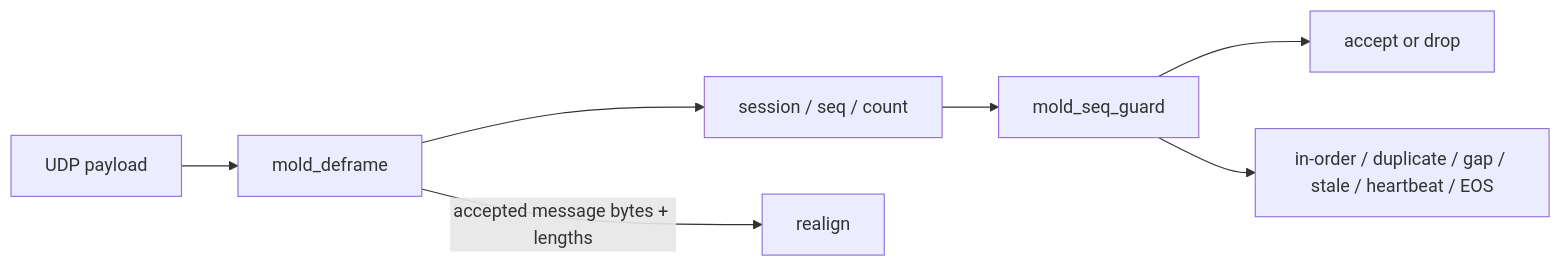
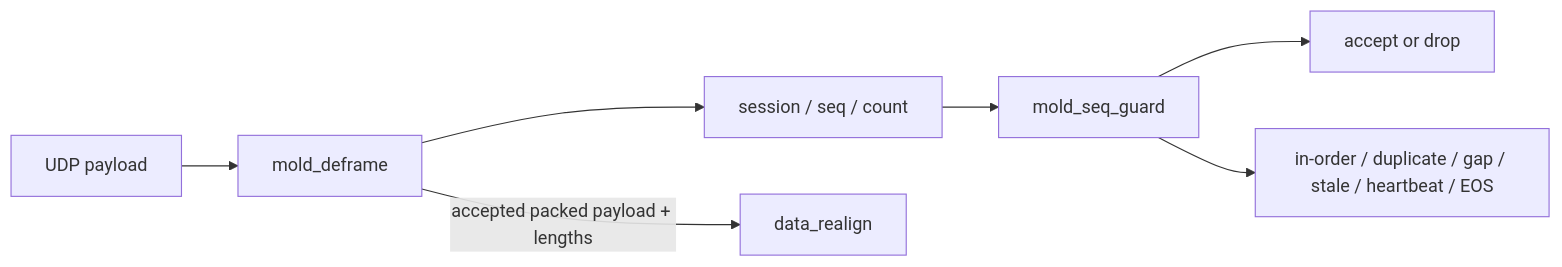
One commit to an-thony350/ITCH-Feed-Handler-and-Order-Book changed the diagram in docs/moldudp64_seq_handling.md. Above: the diagram before and after it, drawn with Mermaid. The commit also changed other lines of this file, not shown here.

Commit message:
[documentation] sequence handling doc updates

````diff
--- a/docs/moldudp64_seq_handling.md
+++ b/docs/moldudp64_seq_handling.md
@@ -49,9 +49,9 @@
 ```mermaid
 flowchart LR
     A[UDP payload] --> B[mold_deframe]
     B --> C[session / seq / count]
     C --> D[mold_seq_guard]
     D --> E[accept or drop]
     D --> F[in-order / duplicate / gap / stale / heartbeat / EOS]
-    B -->|accepted message bytes + lengths| G[realign]
+    B -->|accepted packed payload + lengths| G[data_realign]
 ```
````
